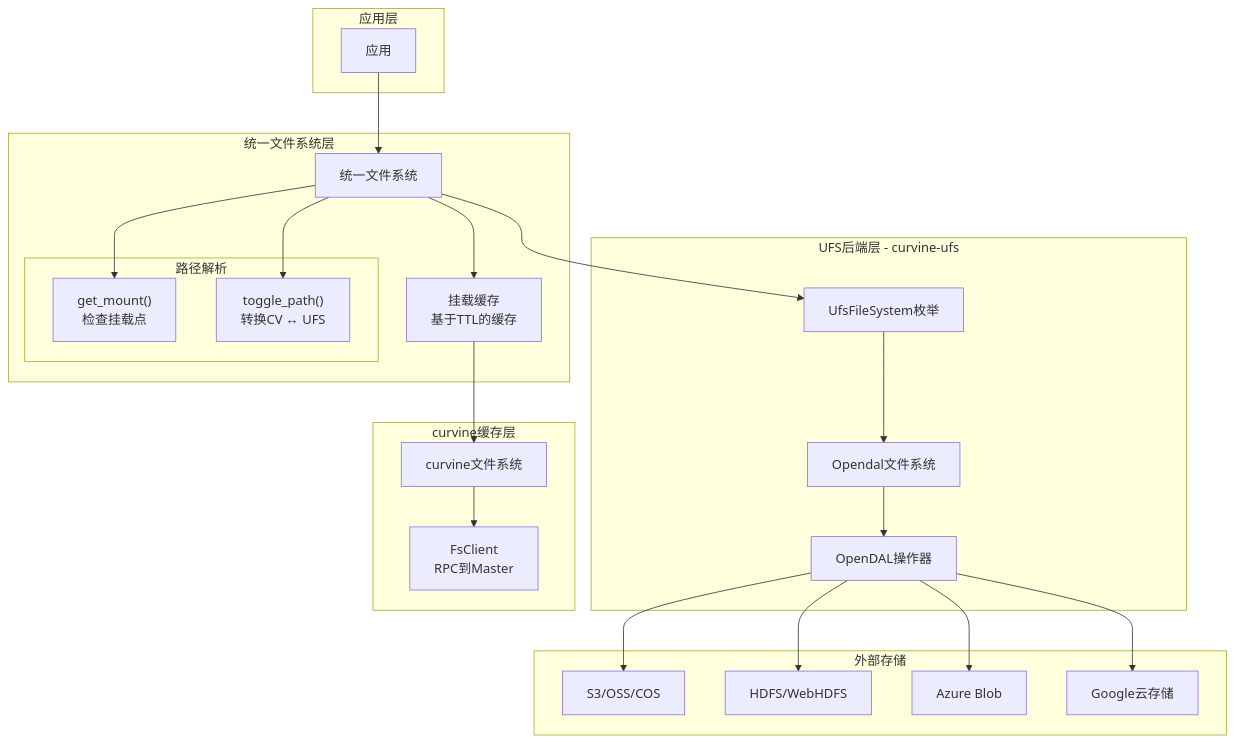
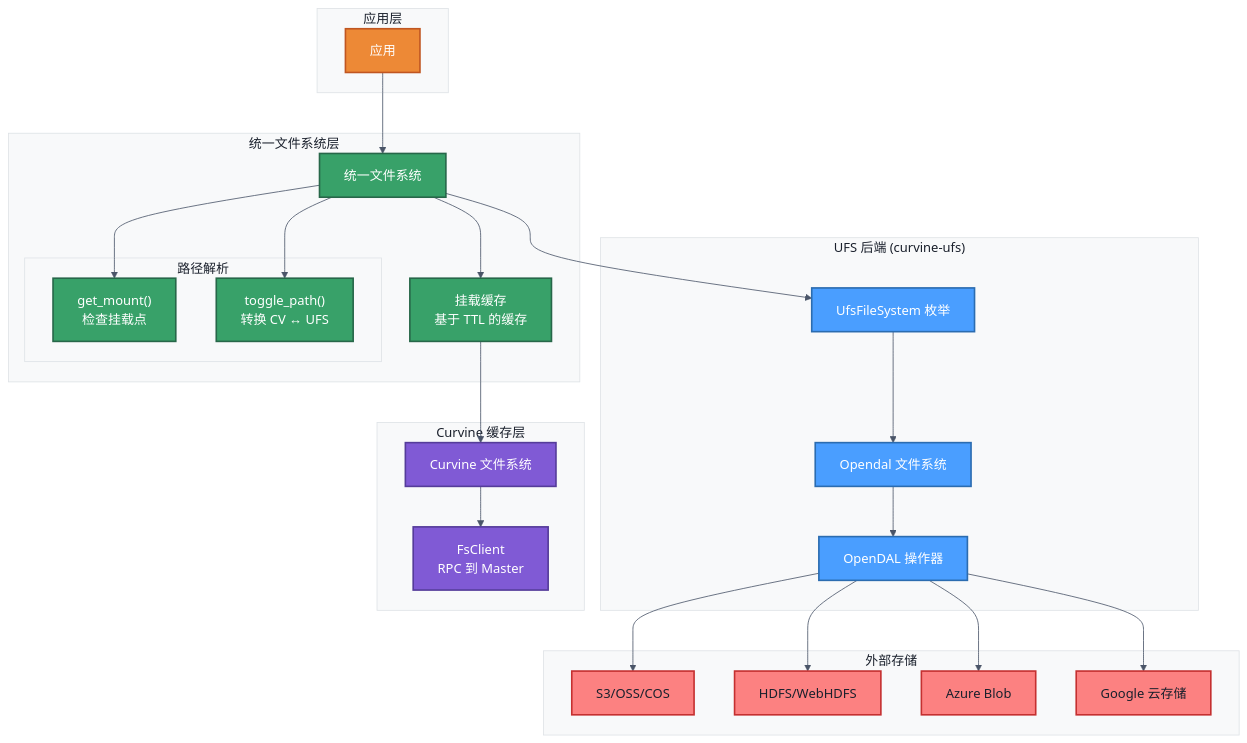
The diagram in i18n/zh-cn/docusaurus-plugin-content-docs/current/3-User-Manuals/1-Key-Features/01-ufs.md (CurvineIO/curvine-doc), drawn with Mermaid before and after one commit. The commit also changed other lines of this file and 43 other files, not shown here.

Commit message:
docs: enhance architecture and deployment documentation (#43)

````diff
--- a/i18n/zh-cn/docusaurus-plugin-content-docs/current/3-User-Manuals/1-Key-Features/01-ufs.md
+++ b/i18n/zh-cn/docusaurus-plugin-content-docs/current/3-User-Manuals/1-Key-Features/01-ufs.md
@@ -3,48 +5,60 @@
 ```mermaid
+%%{init: {'theme': 'base', 'themeVariables': { 'background': '#ffffff', 'primaryColor': '#4a9eff', 'primaryTextColor': '#1a202c', 'primaryBorderColor': '#3182ce', 'lineColor': '#4a5568', 'secondaryColor': '#805ad5', 'tertiaryColor': '#38a169', 'mainBkg': '#ffffff', 'nodeBorder': '#4a5568', 'clusterBkg': '#f8f9fa', 'clusterBorder': '#dee2e6', 'titleColor': '#1a202c'}}}%%
 flowchart TD
-%% 应用层
-subgraph 应用层
-App[应用]
-end
-%% UFS后端层
-subgraph UFS后端层 - curvine-ufs
-UEnum[UfsFileSystem枚举]
-OFS[Opendal文件系统]
-ODO[OpenDAL操作器]
-end
-%% 统一文件系统层
-subgraph 统一文件系统层
-UFS[统一文件系统]
-subgraph 路径解析
-GM["get_mount()"<br/>检查挂载点]
-TP["toggle_path()"<br/>转换CV ↔ UFS]
-end
-MC[挂载缓存<br/>基于TTL的缓存]
-end
-%% 外部存储层
-subgraph 外部存储
-S3[S3/OSS/COS]
-HDFS[HDFS/WebHDFS]
-Azure[Azure Blob]
-GCS[Google云存储]
-end
-%% curvine缓存层
-subgraph curvine缓存层
-CFS[curvine文件系统]
-FSC[FsClient<br/>RPC到Master]
-end
-%% 连接关系
-App --> UFS
-UFS --> GM
-UFS --> TP
-UFS --> MC
-UFS --> UEnum
-MC --> CFS
-CFS --> FSC
-UEnum --> OFS
-OFS --> ODO
-ODO --> S3
-ODO --> HDFS
-ODO --> Azure
-ODO --> GCS
+    subgraph Application_Layer["应用层"]
+        App[应用]
+    end
+
+    subgraph UFS_Backend["UFS 后端 (curvine-ufs)"]
+        UEnum[UfsFileSystem 枚举]
+        OFS[Opendal 文件系统]
+        ODO[OpenDAL 操作器]
+    end
+
+    subgraph Unified_FS["统一文件系统层"]
+        UFS[统一文件系统]
+        subgraph Path_Resolution["路径解析"]
+            GM["get_mount()"<br/>检查挂载点]
+            TP["toggle_path()"<br/>转换 CV ↔ UFS]
+        end
+        MC[挂载缓存<br/>基于 TTL 的缓存]
+    end
+
+    subgraph External_Storage["外部存储"]
+        S3[S3/OSS/COS]
+        HDFS[HDFS/WebHDFS]
+        Azure[Azure Blob]
+        GCS[Google 云存储]
+    end
+
+    subgraph Curvine_Cache["Curvine 缓存层"]
+        CFS[Curvine 文件系统]
+        FSC[FsClient<br/>RPC 到 Master]
+    end
+
+    App --> UFS
+    UFS --> GM
+    UFS --> TP
+    UFS --> MC
+    UFS --> UEnum
+    MC --> CFS
+    CFS --> FSC
+    UEnum --> OFS
+    OFS --> ODO
+    ODO --> S3
+    ODO --> HDFS
+    ODO --> Azure
+    ODO --> GCS
+
+    %% 样式（与部署架构 / 裸机部署一致）
+    classDef appStyle fill:#ed8936,stroke:#c05621,color:#fff,stroke-width:2px
+    classDef ufsStyle fill:#4a9eff,stroke:#2b6cb0,color:#fff,stroke-width:2px
+    classDef unifiedStyle fill:#38a169,stroke:#276749,color:#fff,stroke-width:2px
+    classDef storageStyle fill:#fc8181,stroke:#c53030,color:#1a202c,stroke-width:2px
+    classDef cacheStyle fill:#805ad5,stroke:#553c9a,color:#fff,stroke-width:2px
+    class App appStyle
+    class UEnum,OFS,ODO ufsStyle
+    class UFS,GM,TP,MC unifiedStyle
+    class S3,HDFS,Azure,GCS storageStyle
+    class CFS,FSC cacheStyle
 ```
````
